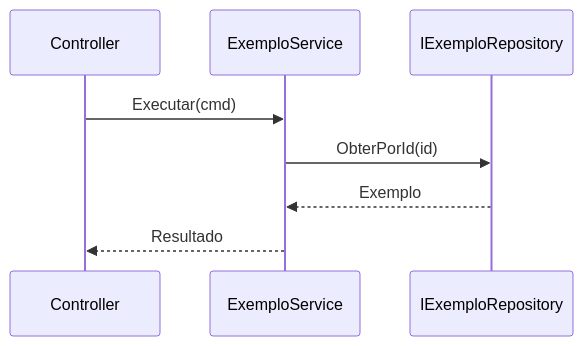
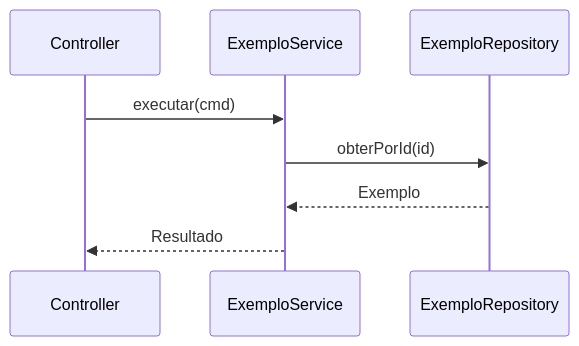
The third of 3 diagrams in .claude/skills/spec-flow/spec-template.md (ArlindoSPJr/ProjetoIA-Gestao-Wpp), drawn with Mermaid before and after one commit. The commit also changed other lines of this file and 1 other file, not shown here.

First line of the commit message:
docs(spec-flow): roteamento superpowers/Orca por fase e skills que existem

````diff
--- a/.claude/skills/spec-flow/spec-template.md
+++ b/.claude/skills/spec-flow/spec-template.md
@@ -37,7 +37,7 @@
 ```mermaid
 sequenceDiagram
-    Controller->>ExemploService: Executar(cmd)
-    ExemploService->>IExemploRepository: ObterPorId(id)
-    IExemploRepository-->>ExemploService: Exemplo
+    Controller->>ExemploService: executar(cmd)
+    ExemploService->>ExemploRepository: obterPorId(id)
+    ExemploRepository-->>ExemploService: Exemplo
     ExemploService-->>Controller: Resultado
 ```
````
